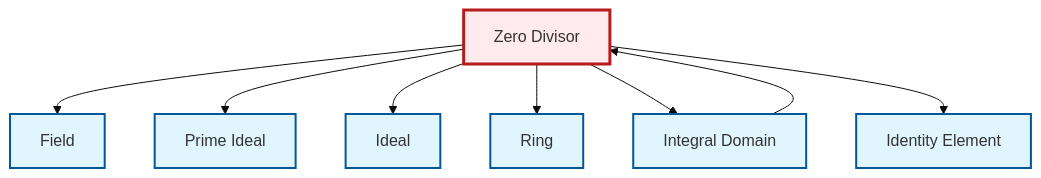
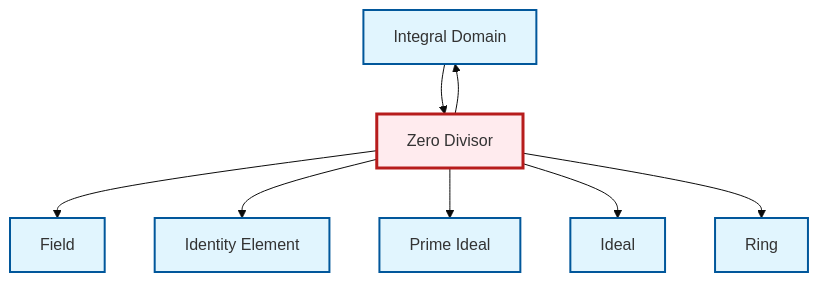
One commit to RK0429/ModernMath changed the diagram in output/mermaid/en/def-zero-divisor.mermaid. Above: the diagram before and after it, drawn with Mermaid (base theme). The commit also changed other lines of this file and 1764 other files, not shown here.

```diff
--- a/output/mermaid/en/def-zero-divisor.mermaid
+++ b/output/mermaid/en/def-zero-divisor.mermaid
@@ -1,21 +1,21 @@
 graph TD
     classDef definition fill:#e1f5fe,stroke:#01579b,stroke-width:2px
     classDef theorem fill:#f3e5f5,stroke:#4a148c,stroke-width:2px
     classDef axiom fill:#fff3e0,stroke:#e65100,stroke-width:2px
     classDef example fill:#e8f5e9,stroke:#1b5e20,stroke-width:2px
     classDef current fill:#ffebee,stroke:#b71c1c,stroke-width:3px
-    def-zero-divisor["Zero Divisor"]:::definition
+    def-field["Field"]:::definition
+    def-ring["Ring"]:::definition
     def-identity-element["Identity Element"]:::definition
-    def-prime-ideal["Prime Ideal"]:::definition
-    def-ring["Ring"]:::definition
-    def-field["Field"]:::definition
     def-ideal["Ideal"]:::definition
     def-integral-domain["Integral Domain"]:::definition
+    def-zero-divisor["Zero Divisor"]:::definition
+    def-prime-ideal["Prime Ideal"]:::definition
     def-zero-divisor --> def-field
+    def-zero-divisor --> def-identity-element
+    def-integral-domain --> def-zero-divisor
     def-zero-divisor --> def-prime-ideal
     def-zero-divisor --> def-ideal
+    def-zero-divisor --> def-integral-domain
     def-zero-divisor --> def-ring
-    def-integral-domain --> def-zero-divisor
-    def-zero-divisor --> def-integral-domain
-    def-zero-divisor --> def-identity-element
     class def-zero-divisor current
```
